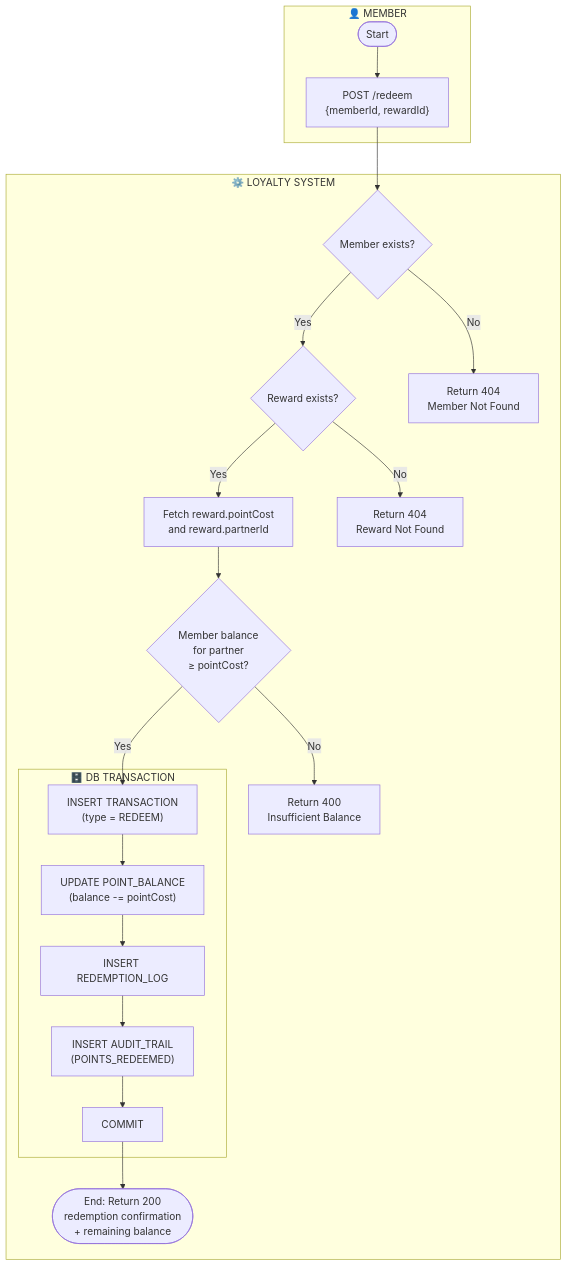
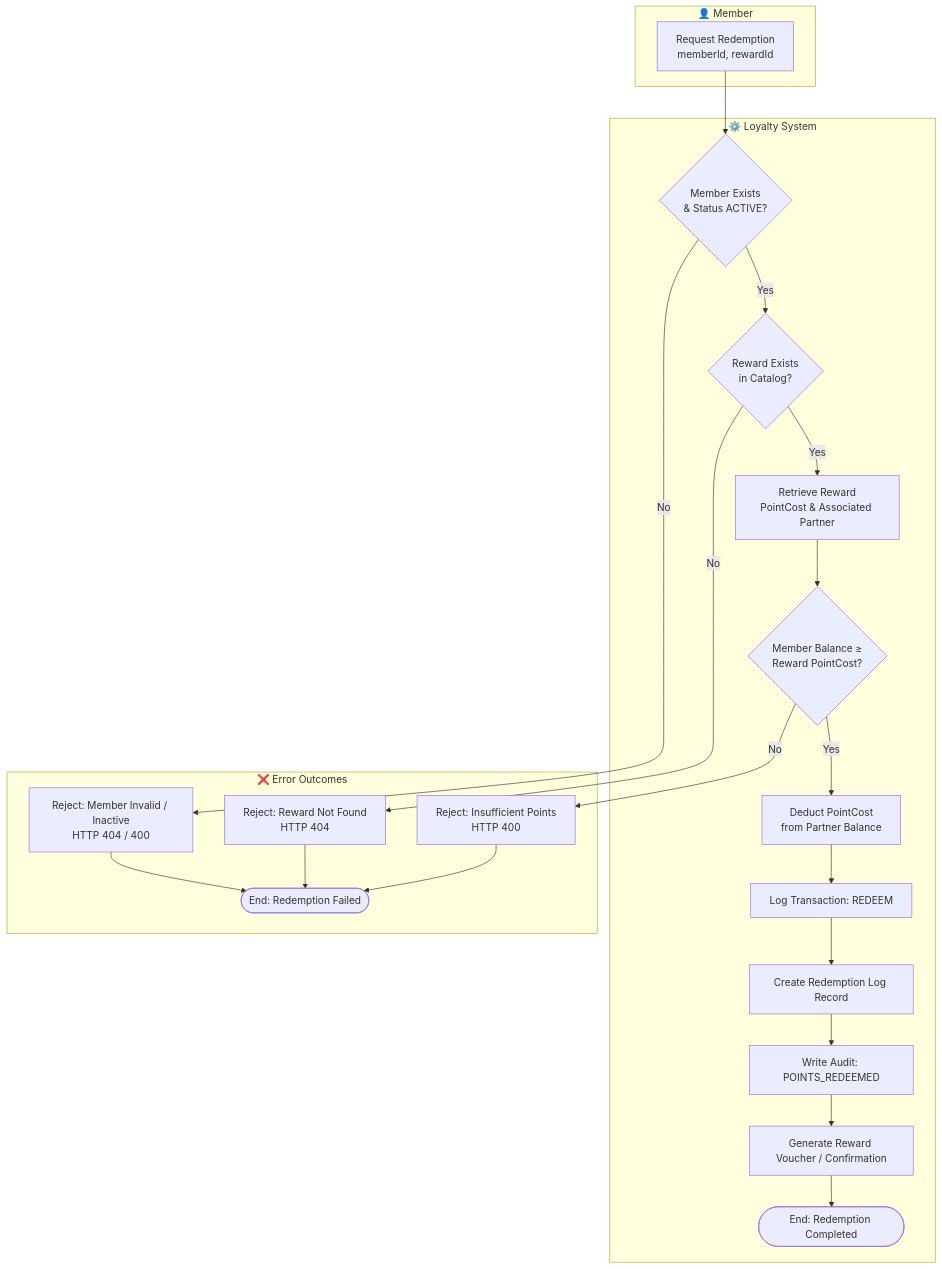
One commit to jtnqr/JDT-17-LOYALTY changed diagram 11 of 23 in bpmn.md. Above: the diagram before and after it, drawn with Mermaid. The commit also changed other lines of this file and 4 other files, not shown here.

First line of the commit message:
docs: update loyalty platform specifications and architecture

````diff
--- a/bpmn.md
+++ b/bpmn.md
@@ -100,37 +192,34 @@
 ```mermaid
 flowchart TD
-
-    subgraph MEMBER["👤 MEMBER"]
-        A([Start])
-        B["POST /redeem\n{memberId, rewardId}"]
+    subgraph MEMBER["👤 Member"]
+        M1[Request Redemption\nmemberId, rewardId]
     end
 
-    subgraph LOYALTY_SYSTEM["⚙️ LOYALTY SYSTEM"]
-        C{Member exists?}
-        D{Reward exists?}
-        E["Fetch reward.pointCost\nand reward.partnerId"]
-        F{"Member balance\nfor partner\n≥ pointCost?"}
-
-        subgraph DB_TRANSACTION["🗄️ DB TRANSACTION"]
-            G["INSERT TRANSACTION\n(type = REDEEM)"]
-            H["UPDATE POINT_BALANCE\n(balance -= pointCost)"]
-            I[INSERT REDEMPTION_LOG]
-            J["INSERT AUDIT_TRAIL\n(POINTS_REDEEMED)"]
-            K[COMMIT]
-        end
-
-        Z([End: Return 200\nredemption confirmation\n+ remaining balance])
-
-        ERR1["Return 404\nMember Not Found"]
-        ERR2["Return 404\nReward Not Found"]
-        ERR3["Return 400\nInsufficient Balance"]
+    subgraph SYSTEM["⚙️ Loyalty System"]
+        S1{Member Exists\n& Status ACTIVE?}
+        S2{Reward Exists\nin Catalog?}
+        S3[Retrieve Reward\nPointCost & Associated Partner]
+        S4{Member Balance ≥\nReward PointCost?}
+        S5[Deduct PointCost\nfrom Partner Balance]
+        S6[Log Transaction: REDEEM]
+        S7[Create Redemption Log Record]
+        S8[Write Audit: POINTS_REDEEMED]
+        S9[Generate Reward Voucher / Confirmation]
+        S10([End: Redemption Completed])
     end
 
-    A --> B --> C
-    C -- No --> ERR1
-    C -- Yes --> D
-    D -- No --> ERR2
-    D -- Yes --> E --> F
-    F -- No --> ERR3
-    F -- Yes --> G --> H --> I --> J --> K --> Z
+    subgraph ERRORS["❌ Error Outcomes"]
+        E1[Reject: Member Invalid / Inactive\nHTTP 404 / 400]
+        E2[Reject: Reward Not Found\nHTTP 404]
+        E3[Reject: Insufficient Points\nHTTP 400]
+        E4([End: Redemption Failed])
+    end
+
+    M1 --> S1
+    S1 -- No --> E1 --> E4
+    S1 -- Yes --> S2
+    S2 -- No --> E2 --> E4
+    S2 -- Yes --> S3 --> S4
+    S4 -- No --> E3 --> E4
+    S4 -- Yes --> S5 --> S6 --> S7 --> S8 --> S9 --> S10
 ```
````
